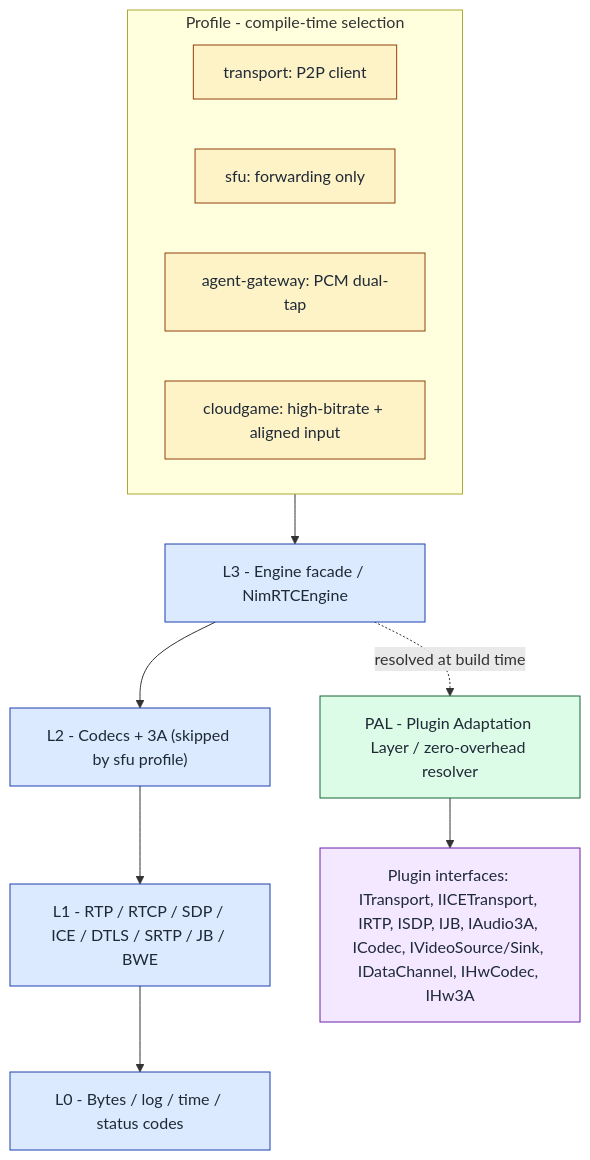
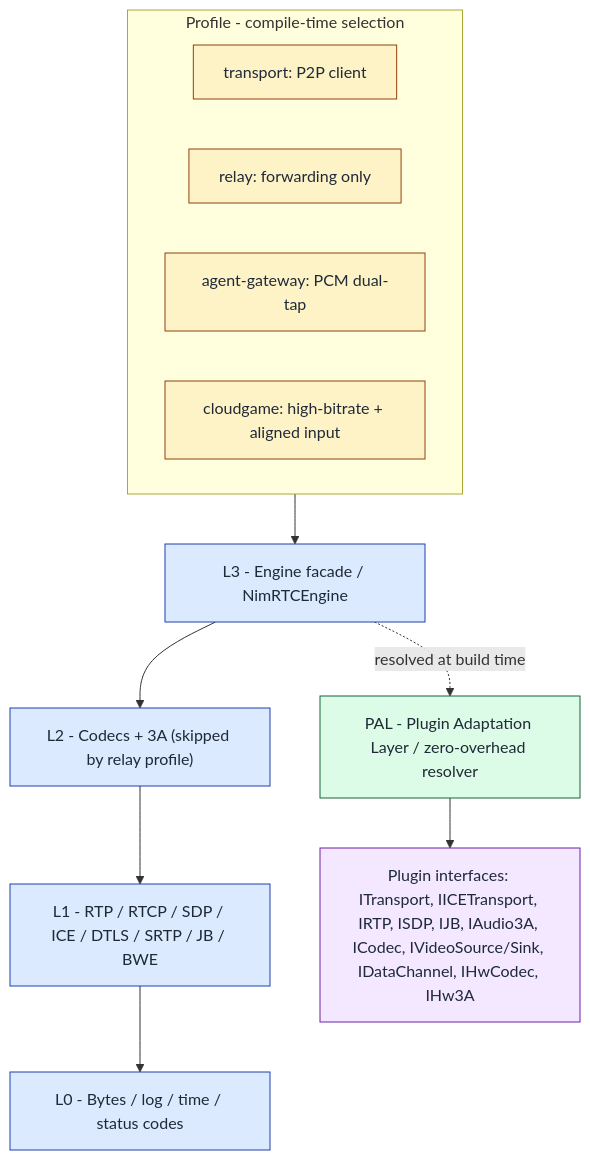
Before and after one commit to NimRTC/nimrtc: the diagram in README.md, drawn with Mermaid. The commit also changed other lines of this file and 13 other files, not shown here.

````diff
--- a/README.md
+++ b/README.md
@@ -296,26 +296,26 @@
 ```mermaid
 flowchart TB
     subgraph PROF["Profile - compile-time selection"]
         P1["transport: P2P client"]
-        P2["sfu: forwarding only"]
+        P2["relay: forwarding only"]
         P3["agent-gateway: PCM dual-tap"]
         P4["cloudgame: high-bitrate + aligned input"]
     end
 
     PROF --> L3
-    L3["L3 - Engine facade / NimRTCEngine"] --> L2["L2 - Codecs + 3A (skipped by sfu profile)"]
+    L3["L3 - Engine facade / NimRTCEngine"] --> L2["L2 - Codecs + 3A (skipped by relay profile)"]
     L2 --> L1["L1 - RTP / RTCP / SDP / ICE / DTLS / SRTP / JB / BWE"]
     L1 --> L0["L0 - Bytes / log / time / status codes"]
 
     L3 -. resolved at build time .-> PAL["PAL - Plugin Adaptation Layer / zero-overhead resolver"]
     PAL --> PLG["Plugin interfaces: ITransport, IICETransport, IRTP, ISDP, IJB, IAudio3A, ICodec, IVideoSource/Sink, IDataChannel, IHwCodec, IHw3A"]
 
     classDef profile fill:#fef3c7,stroke:#92400e,color:#1f2937
     classDef layer   fill:#dbeafe,stroke:#1e40af,color:#1f2937
     classDef pal     fill:#dcfce7,stroke:#166534,color:#1f2937
     classDef plugin  fill:#f3e8ff,stroke:#6b21a8,color:#1f2937
     class P1,P2,P3,P4 profile
     class L0,L1,L2,L3 layer
     class PAL pal
     class PLG plugin
 ```
````
